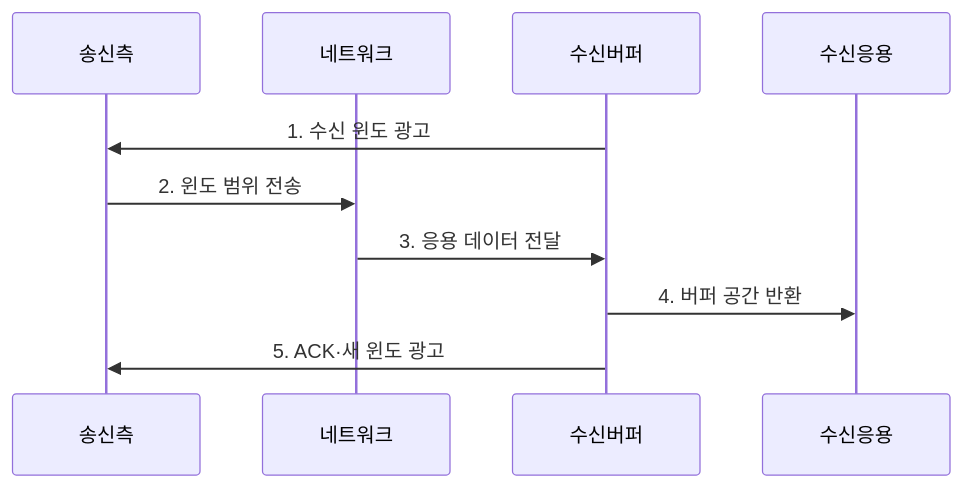
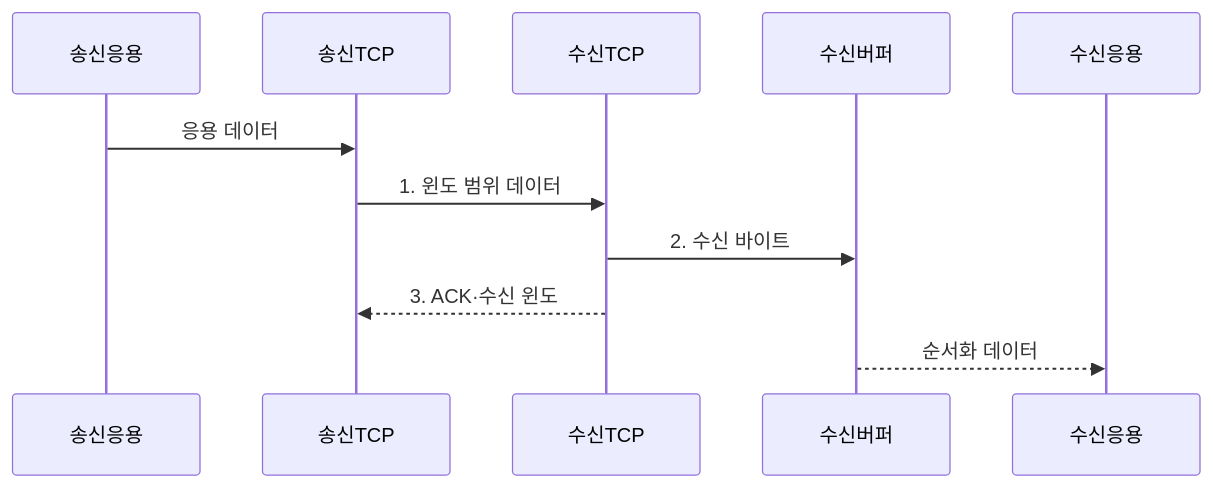
Before and after one commit to agnusdei1207/knowledge-base: the second of 2 diagrams in src/content/docs/notes/04-network/024_tcp_flow_control.md, drawn with Mermaid. The commit also changed other lines of this file and 20 other files, not shown here.

````diff
--- a/src/content/docs/notes/04-network/024_tcp_flow_control.md
+++ b/src/content/docs/notes/04-network/024_tcp_flow_control.md
@@ -86,12 +86,13 @@
 ```mermaid
 sequenceDiagram
-    participant 송신측
-    participant 네트워크
+    participant 송신응용
+    participant 송신TCP
+    participant 수신TCP
     participant 수신버퍼
     participant 수신응용
-    수신버퍼->>송신측: 1. 수신 윈도 광고
-    송신측->>네트워크: 2. 윈도 범위 전송
-    네트워크->>수신버퍼: 3. 응용 데이터 전달
-    수신버퍼->>수신응용: 4. 버퍼 공간 반환
-    수신버퍼->>송신측: 5. ACK·새 윈도 광고
+    송신응용->>송신TCP: 응용 데이터
+    송신TCP->>수신TCP: 1. 윈도 범위 데이터
+    수신TCP->>수신버퍼: 2. 수신 바이트
+    수신TCP-->>송신TCP: 3. ACK·수신 윈도
+    수신버퍼-->>수신응용: 순서화 데이터
 ```
````
